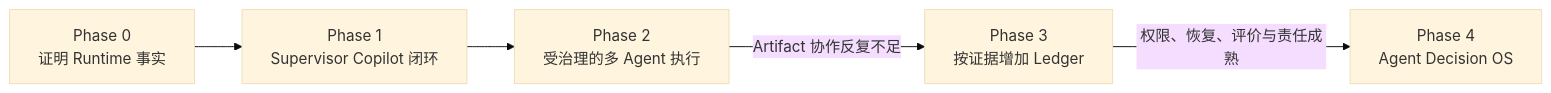
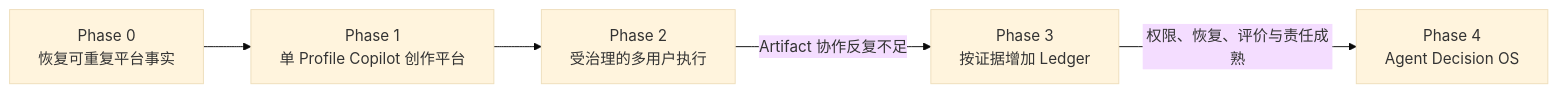
Before and after one commit to JO-WTF/open-web-codex: the fifth of 6 diagrams in docs/enterprise-agent-platform-architecture.md, drawn with Mermaid (base theme). The commit also changed other lines of this file and 243 other files, not shown here.

````diff
--- a/docs/enterprise-agent-platform-architecture.md
+++ b/docs/enterprise-agent-platform-architecture.md
@@ -2095,12 +2099,12 @@
 ```mermaid
 flowchart LR
-    P0["Phase 0<br/>证明 Runtime 事实"]
-    P1["Phase 1<br/>Supervisor Copilot 闭环"]
-    P2["Phase 2<br/>受治理的多 Agent 执行"]
+    P0["Phase 0<br/>恢复可重复平台事实"]
+    P1["Phase 1<br/>单 Profile Copilot 创作平台"]
+    P2["Phase 2<br/>受治理的多用户执行"]
     P3["Phase 3<br/>按证据增加 Ledger"]
     P4["Phase 4<br/>Agent Decision OS"]
 
     P0 --> P1 --> P2
     P2 -- "Artifact 协作反复不足" --> P3
     P3 -- "权限、恢复、评价与责任成熟" --> P4
 ```
````
